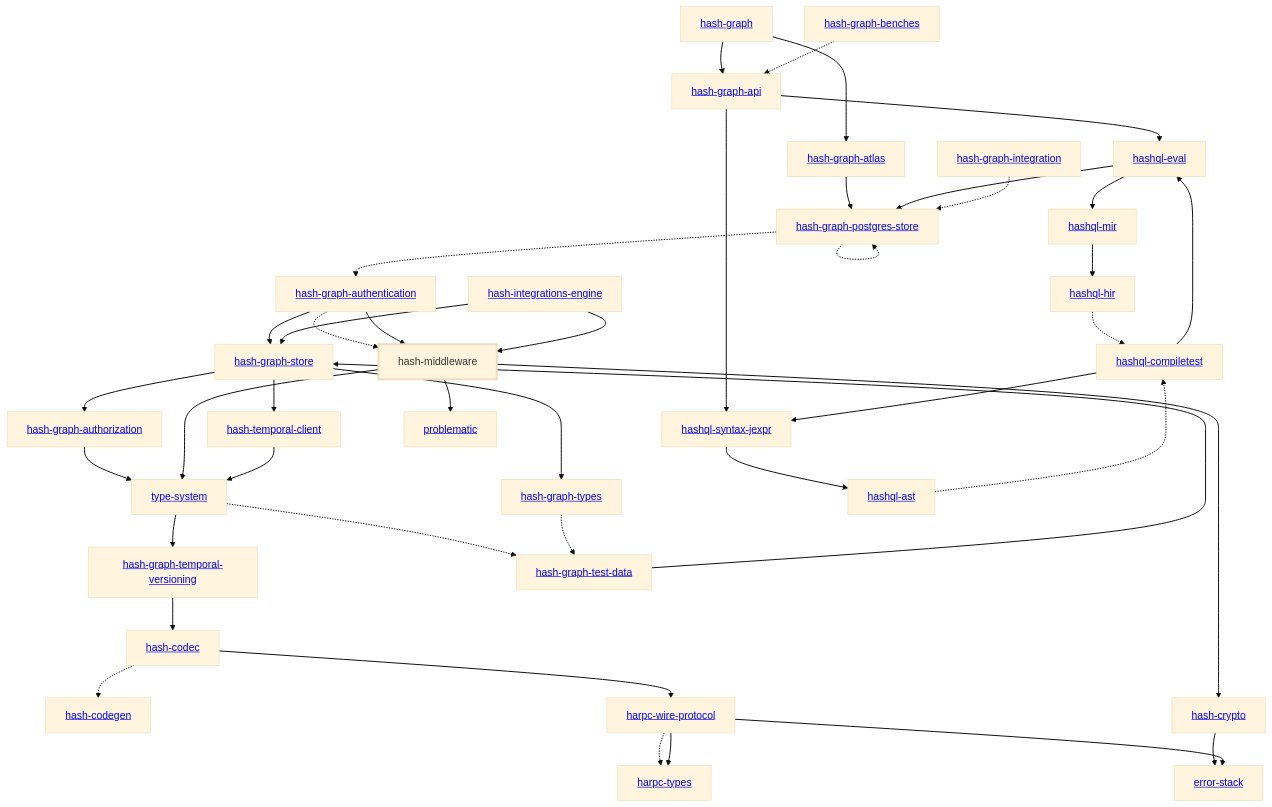
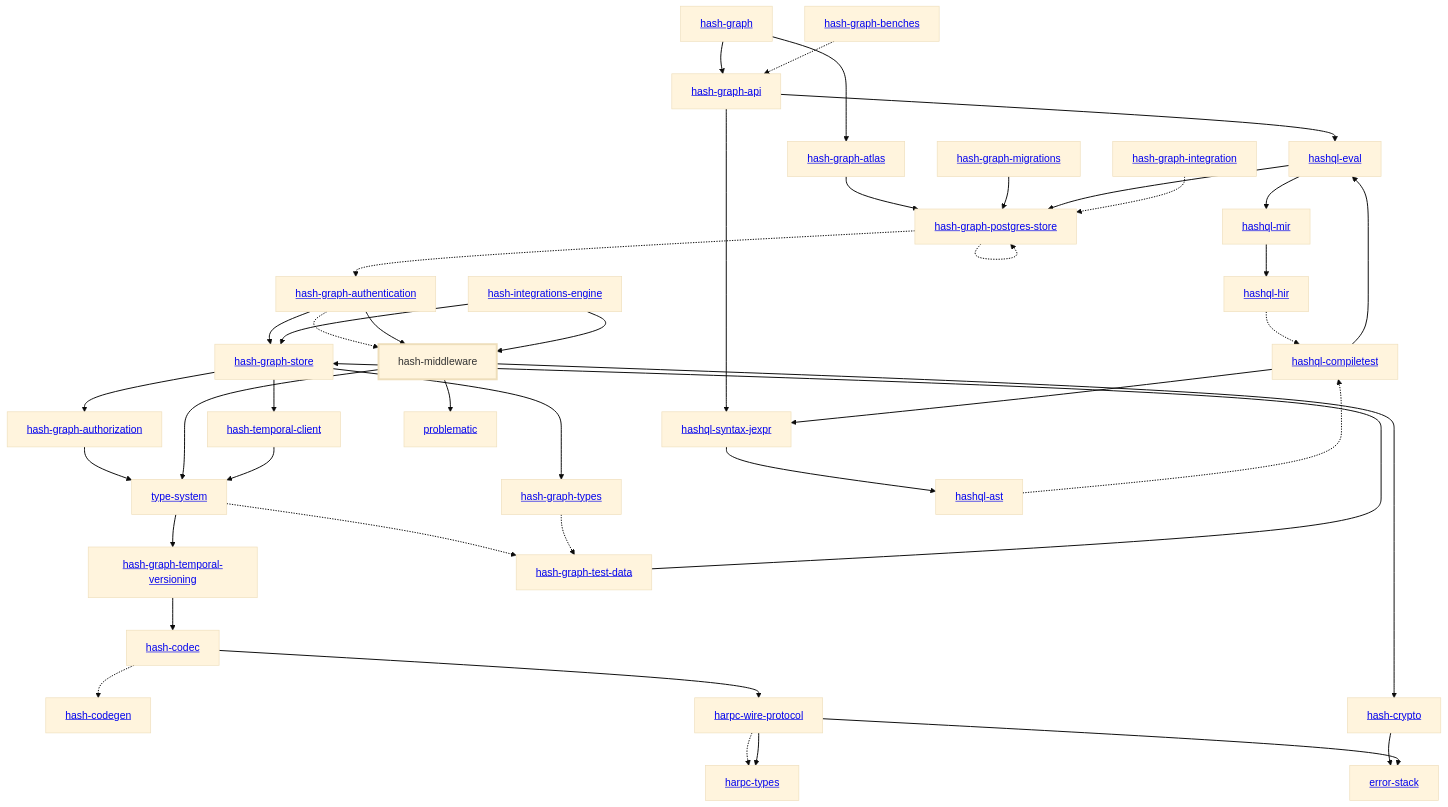
Before and after one commit to hashintel/hash: the diagram in libs/@local/middleware/docs/dependency-diagram.mmd, drawn with Mermaid (base theme). The commit also changed 58 other files, not shown here.

Commit message:
BE-224: Allow TLS when connecting the Graph to Postgres (#10307)

```diff
--- a/libs/@local/middleware/docs/dependency-diagram.mmd
+++ b/libs/@local/middleware/docs/dependency-diagram.mmd
@@ -1,81 +1,83 @@
 graph TD
     linkStyle default stroke-width:1.5px
     classDef default stroke-width:1px
     classDef root stroke-width:3px
     classDef dev stroke-width:1px
     classDef build stroke-width:1px
     %% Legend
     %% --> : Normal dependency
     %% -.-> : Dev dependency
     %% ---> : Build dependency
     0[<a href="../hash_graph/index.html">hash-graph</a>]
     1[<a href="../type_system/index.html">type-system</a>]
     2[<a href="../hash_codec/index.html">hash-codec</a>]
     3[<a href="../hash_codegen/index.html">hash-codegen</a>]
     4[<a href="../hash_crypto/index.html">hash-crypto</a>]
     5[<a href="../hash_graph_api/index.html">hash-graph-api</a>]
     6[<a href="../hash_graph_atlas/index.html">hash-graph-atlas</a>]
     7[<a href="../hash_graph_authentication/index.html">hash-graph-authentication</a>]
     8[<a href="../hash_graph_authorization/index.html">hash-graph-authorization</a>]
-    9[<a href="../hash_graph_postgres_store/index.html">hash-graph-postgres-store</a>]
-    10[<a href="../hash_graph_store/index.html">hash-graph-store</a>]
-    11[<a href="../hash_graph_temporal_versioning/index.html">hash-graph-temporal-versioning</a>]
-    12[<a href="../hash_graph_types/index.html">hash-graph-types</a>]
-    13[<a href="../harpc_types/index.html">harpc-types</a>]
-    14[<a href="../harpc_wire_protocol/index.html">harpc-wire-protocol</a>]
-    15[<a href="../hashql_ast/index.html">hashql-ast</a>]
-    16[<a href="../hashql_compiletest/index.html">hashql-compiletest</a>]
-    17[<a href="../hashql_eval/index.html">hashql-eval</a>]
-    18[<a href="../hashql_hir/index.html">hashql-hir</a>]
-    19[<a href="../hashql_mir/index.html">hashql-mir</a>]
-    20[<a href="../hashql_syntax_jexpr/index.html">hashql-syntax-jexpr</a>]
-    21[<a href="../hash_integrations_engine/index.html">hash-integrations-engine</a>]
-    22[hash-middleware]
-    class 22 root
-    23[<a href="../hash_temporal_client/index.html">hash-temporal-client</a>]
-    24[<a href="../error_stack/index.html">error-stack</a>]
-    25[<a href="../problematic/index.html">problematic</a>]
-    26[<a href="../hash_graph_benches/index.html">hash-graph-benches</a>]
-    27[<a href="../hash_graph_integration/index.html">hash-graph-integration</a>]
-    28[<a href="../hash_graph_test_data/index.html">hash-graph-test-data</a>]
+    9[<a href="../hash_graph_migrations/index.html">hash-graph-migrations</a>]
+    10[<a href="../hash_graph_postgres_store/index.html">hash-graph-postgres-store</a>]
+    11[<a href="../hash_graph_store/index.html">hash-graph-store</a>]
+    12[<a href="../hash_graph_temporal_versioning/index.html">hash-graph-temporal-versioning</a>]
+    13[<a href="../hash_graph_types/index.html">hash-graph-types</a>]
+    14[<a href="../harpc_types/index.html">harpc-types</a>]
+    15[<a href="../harpc_wire_protocol/index.html">harpc-wire-protocol</a>]
+    16[<a href="../hashql_ast/index.html">hashql-ast</a>]
+    17[<a href="../hashql_compiletest/index.html">hashql-compiletest</a>]
+    18[<a href="../hashql_eval/index.html">hashql-eval</a>]
+    19[<a href="../hashql_hir/index.html">hashql-hir</a>]
+    20[<a href="../hashql_mir/index.html">hashql-mir</a>]
+    21[<a href="../hashql_syntax_jexpr/index.html">hashql-syntax-jexpr</a>]
+    22[<a href="../hash_integrations_engine/index.html">hash-integrations-engine</a>]
+    23[hash-middleware]
+    class 23 root
+    24[<a href="../hash_temporal_client/index.html">hash-temporal-client</a>]
+    25[<a href="../error_stack/index.html">error-stack</a>]
+    26[<a href="../problematic/index.html">problematic</a>]
+    27[<a href="../hash_graph_benches/index.html">hash-graph-benches</a>]
+    28[<a href="../hash_graph_integration/index.html">hash-graph-integration</a>]
+    29[<a href="../hash_graph_test_data/index.html">hash-graph-test-data</a>]
     0 --> 5
     0 --> 6
-    1 --> 11
-    1 -.-> 28
+    1 --> 12
+    1 -.-> 29
     2 -.-> 3
-    2 --> 14
-    4 --> 24
-    5 --> 17
-    5 --> 20
-    6 --> 9
-    7 --> 10
-    7 -.-> 22
-    7 --> 22
+    2 --> 15
+    4 --> 25
+    5 --> 18
+    5 --> 21
+    6 --> 10
+    7 --> 11
+    7 -.-> 23
+    7 --> 23
     8 --> 1
-    9 -.-> 7
-    9 -.-> 9
-    10 --> 8
-    10 --> 12
-    10 --> 23
-    11 --> 2
-    12 -.-> 28
-    14 -.-> 13
-    14 --> 13
-    14 --> 24
-    15 -.-> 16
-    16 --> 17
-    16 --> 20
-    17 --> 9
-    17 --> 19
-    18 -.-> 16
-    19 --> 18
-    20 --> 15
-    21 --> 10
-    21 --> 22
-    22 --> 1
-    22 --> 4
-    22 --> 25
+    9 --> 10
+    10 -.-> 7
+    10 -.-> 10
+    11 --> 8
+    11 --> 13
+    11 --> 24
+    12 --> 2
+    13 -.-> 29
+    15 -.-> 14
+    15 --> 14
+    15 --> 25
+    16 -.-> 17
+    17 --> 18
+    17 --> 21
+    18 --> 10
+    18 --> 20
+    19 -.-> 17
+    20 --> 19
+    21 --> 16
+    22 --> 11
+    22 --> 23
     23 --> 1
-    26 -.-> 5
-    27 -.-> 9
-    28 --> 10
+    23 --> 4
+    23 --> 26
+    24 --> 1
+    27 -.-> 5
+    28 -.-> 10
+    29 --> 11
```
